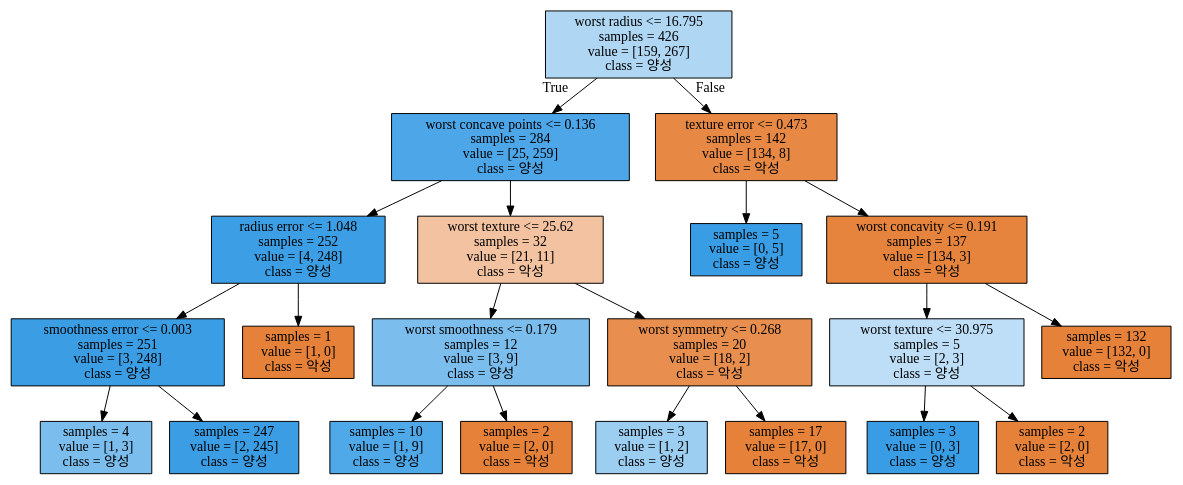
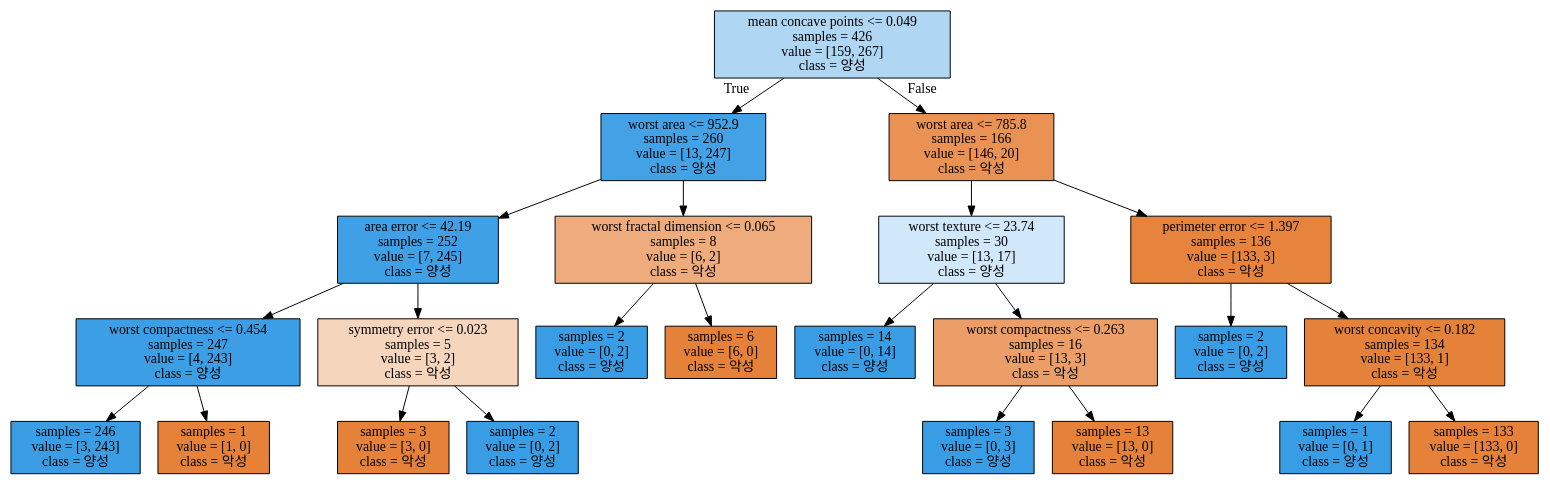
The diagram in tree.dot (sue991/scikit_learn), drawn with Graphviz before and after one commit. The commit also changed 3 other files, not shown here.

```diff
--- a/tree.dot
+++ b/tree.dot
@@ -1,44 +1,48 @@
 digraph Tree {
 node [shape=box, style="filled", color="black"] ;
-0 [label="worst radius <= 16.795\nsamples = 426\nvalue = [159, 267]\nclass = 양성", fillcolor="#afd7f4"] ;
-1 [label="worst concave points <= 0.136\nsamples = 284\nvalue = [25, 259]\nclass = 양성", fillcolor="#4ca6e8"] ;
+0 [label="mean concave points <= 0.049\nsamples = 426\nvalue = [159, 267]\nclass = 양성", fillcolor="#afd7f4"] ;
+1 [label="worst area <= 952.9\nsamples = 260\nvalue = [13, 247]\nclass = 양성", fillcolor="#43a2e6"] ;
 0 -> 1 [labeldistance=2.5, labelangle=45, headlabel="True"] ;
-2 [label="radius error <= 1.048\nsamples = 252\nvalue = [4, 248]\nclass = 양성", fillcolor="#3c9fe5"] ;
+2 [label="area error <= 42.19\nsamples = 252\nvalue = [7, 245]\nclass = 양성", fillcolor="#3fa0e6"] ;
 1 -> 2 ;
-3 [label="smoothness error <= 0.003\nsamples = 251\nvalue = [3, 248]\nclass = 양성", fillcolor="#3b9ee5"] ;
+3 [label="worst compactness <= 0.454\nsamples = 247\nvalue = [4, 243]\nclass = 양성", fillcolor="#3c9fe5"] ;
 2 -> 3 ;
-4 [label="samples = 4\nvalue = [1, 3]\nclass = 양성", fillcolor="#7bbeee"] ;
+4 [label="samples = 246\nvalue = [3, 243]\nclass = 양성", fillcolor="#3b9ee5"] ;
 3 -> 4 ;
-5 [label="samples = 247\nvalue = [2, 245]\nclass = 양성", fillcolor="#3b9ee5"] ;
+5 [label="samples = 1\nvalue = [1, 0]\nclass = 악성", fillcolor="#e58139"] ;
 3 -> 5 ;
-6 [label="samples = 1\nvalue = [1, 0]\nclass = 악성", fillcolor="#e58139"] ;
+6 [label="symmetry error <= 0.023\nsamples = 5\nvalue = [3, 2]\nclass = 악성", fillcolor="#f6d5bd"] ;
 2 -> 6 ;
-7 [label="worst texture <= 25.62\nsamples = 32\nvalue = [21, 11]\nclass = 악성", fillcolor="#f3c3a1"] ;
-1 -> 7 ;
-8 [label="worst smoothness <= 0.179\nsamples = 12\nvalue = [3, 9]\nclass = 양성", fillcolor="#7bbeee"] ;
-7 -> 8 ;
-9 [label="samples = 10\nvalue = [1, 9]\nclass = 양성", fillcolor="#4fa8e8"] ;
-8 -> 9 ;
-10 [label="samples = 2\nvalue = [2, 0]\nclass = 악성", fillcolor="#e58139"] ;
-8 -> 10 ;
-11 [label="worst symmetry <= 0.268\nsamples = 20\nvalue = [18, 2]\nclass = 악성", fillcolor="#e88f4f"] ;
-7 -> 11 ;
-12 [label="samples = 3\nvalue = [1, 2]\nclass = 양성", fillcolor="#9ccef2"] ;
-11 -> 12 ;
-13 [label="samples = 17\nvalue = [17, 0]\nclass = 악성", fillcolor="#e58139"] ;
-11 -> 13 ;
-14 [label="texture error <= 0.473\nsamples = 142\nvalue = [134, 8]\nclass = 악성", fillcolor="#e78945"] ;
-0 -> 14 [labeldistance=2.5, labelangle=-45, headlabel="False"] ;
-15 [label="samples = 5\nvalue = [0, 5]\nclass = 양성", fillcolor="#399de5"] ;
-14 -> 15 ;
-16 [label="worst concavity <= 0.191\nsamples = 137\nvalue = [134, 3]\nclass = 악성", fillcolor="#e6843d"] ;
-14 -> 16 ;
-17 [label="worst texture <= 30.975\nsamples = 5\nvalue = [2, 3]\nclass = 양성", fillcolor="#bddef6"] ;
-16 -> 17 ;
-18 [label="samples = 3\nvalue = [0, 3]\nclass = 양성", fillcolor="#399de5"] ;
-17 -> 18 ;
-19 [label="samples = 2\nvalue = [2, 0]\nclass = 악성", fillcolor="#e58139"] ;
-17 -> 19 ;
-20 [label="samples = 132\nvalue = [132, 0]\nclass = 악성", fillcolor="#e58139"] ;
-16 -> 20 ;
+7 [label="samples = 3\nvalue = [3, 0]\nclass = 악성", fillcolor="#e58139"] ;
+6 -> 7 ;
+8 [label="samples = 2\nvalue = [0, 2]\nclass = 양성", fillcolor="#399de5"] ;
+6 -> 8 ;
+9 [label="worst fractal dimension <= 0.065\nsamples = 8\nvalue = [6, 2]\nclass = 악성", fillcolor="#eeab7b"] ;
+1 -> 9 ;
+10 [label="samples = 2\nvalue = [0, 2]\nclass = 양성", fillcolor="#399de5"] ;
+9 -> 10 ;
+11 [label="samples = 6\nvalue = [6, 0]\nclass = 악성", fillcolor="#e58139"] ;
+9 -> 11 ;
+12 [label="worst area <= 785.8\nsamples = 166\nvalue = [146, 20]\nclass = 악성", fillcolor="#e99254"] ;
+0 -> 12 [labeldistance=2.5, labelangle=-45, headlabel="False"] ;
+13 [label="worst texture <= 23.74\nsamples = 30\nvalue = [13, 17]\nclass = 양성", fillcolor="#d0e8f9"] ;
+12 -> 13 ;
+14 [label="samples = 14\nvalue = [0, 14]\nclass = 양성", fillcolor="#399de5"] ;
+13 -> 14 ;
+15 [label="worst compactness <= 0.263\nsamples = 16\nvalue = [13, 3]\nclass = 악성", fillcolor="#eb9e67"] ;
+13 -> 15 ;
+16 [label="samples = 3\nvalue = [0, 3]\nclass = 양성", fillcolor="#399de5"] ;
+15 -> 16 ;
+17 [label="samples = 13\nvalue = [13, 0]\nclass = 악성", fillcolor="#e58139"] ;
+15 -> 17 ;
+18 [label="perimeter error <= 1.397\nsamples = 136\nvalue = [133, 3]\nclass = 악성", fillcolor="#e6843d"] ;
+12 -> 18 ;
+19 [label="samples = 2\nvalue = [0, 2]\nclass = 양성", fillcolor="#399de5"] ;
+18 -> 19 ;
+20 [label="worst concavity <= 0.182\nsamples = 134\nvalue = [133, 1]\nclass = 악성", fillcolor="#e5823a"] ;
+18 -> 20 ;
+21 [label="samples = 1\nvalue = [0, 1]\nclass = 양성", fillcolor="#399de5"] ;
+20 -> 21 ;
+22 [label="samples = 133\nvalue = [133, 0]\nclass = 악성", fillcolor="#e58139"] ;
+20 -> 22 ;
 }
```
